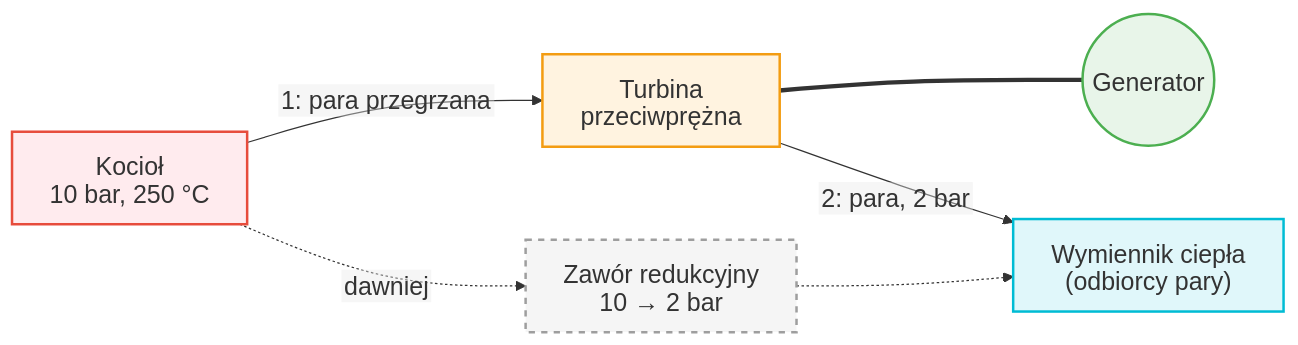
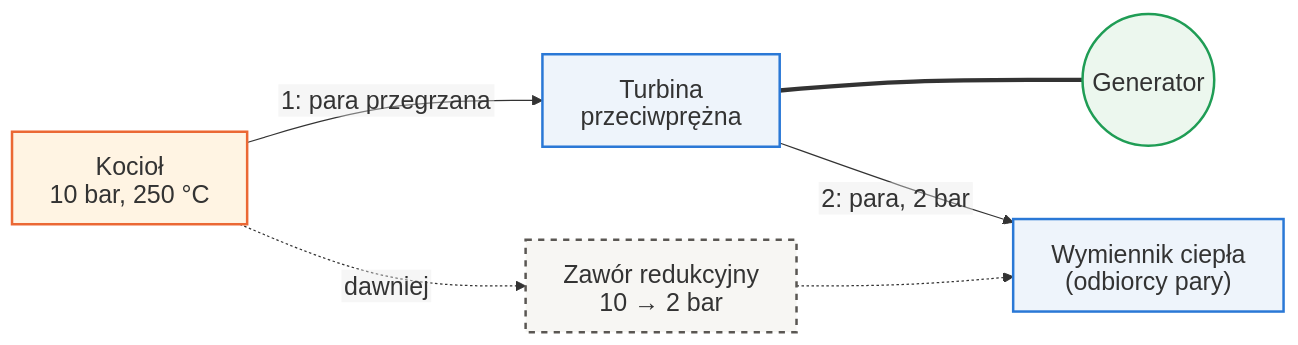
One commit to moondec/Termodynamika changed the diagram in Cwiczenia/04_Obieg_Rankine.qmd. Above: the diagram before and after it, drawn with Mermaid. The commit also changed other lines of this file and 229 other files, not shown here.

````diff
--- a/Cwiczenia/04_Obieg_Rankine.qmd
+++ b/Cwiczenia/04_Obieg_Rankine.qmd
@@ -36,15 +36,15 @@
 ```{mermaid}
 %%{init: {'theme': 'default', 'htmlLabels': false, 'flowchart': {'htmlLabels': false, 'wrappingWidth': 400, 'subGraphTitleMargin': {'top': 6, 'bottom': 16}}, 'themeVariables': {'fontSize': '20px', 'fontFamily': 'Arial, Helvetica, sans-serif'}}}%%
 flowchart LR
     K["Kocioł<br>10 bar, 250 °C"] -->|"1: para przegrzana"| T["Turbina<br>przeciwprężna"]
     T === G(("Generator"))
     T -->|"2: para, 2 bar"| W["Wymiennik ciepła<br>(odbiorcy pary)"]
     K -.->|"dawniej"| Z["Zawór redukcyjny<br>10 → 2 bar"]
     Z -.-> W
 
-    style K fill:#ffebee,stroke:#e74c3c,stroke-width:2px
-    style T fill:#fff3e0,stroke:#f39c12,stroke-width:2px
-    style G fill:#e8f5e9,stroke:#4caf50,stroke-width:2px
-    style W fill:#e0f7fa,stroke:#00bcd4,stroke-width:2px
-    style Z fill:#f5f5f5,stroke:#9e9e9e,stroke-width:2px,stroke-dasharray: 5 5
+    style K fill:#fff4e3,stroke:#eb6834,stroke-width:2px
+    style T fill:#eef4fb,stroke:#2a78d6,stroke-width:2px
+    style G fill:#ecf7ee,stroke:#1f9d55,stroke-width:2px
+    style W fill:#eef4fb,stroke:#2a78d6,stroke-width:2px
+    style Z fill:#f7f6f3,stroke:#5a5753,stroke-width:2px,stroke-dasharray: 5 5
 ```
````
